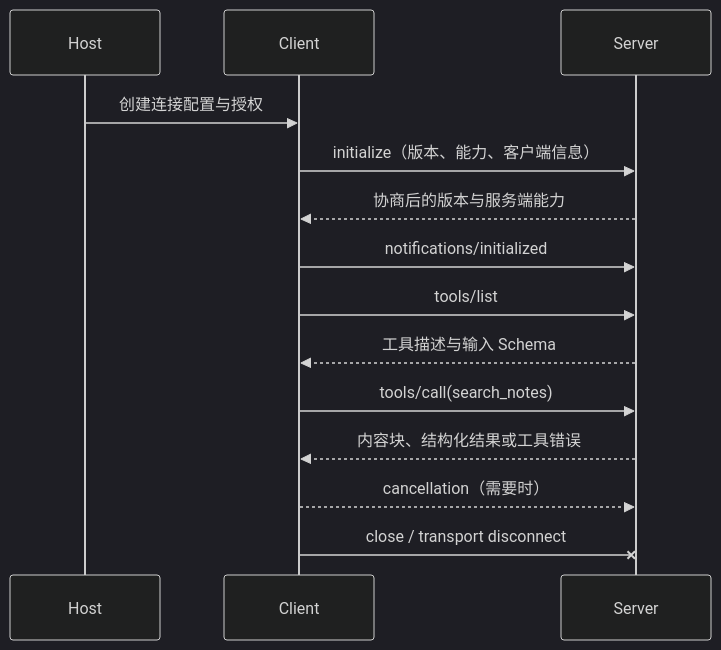
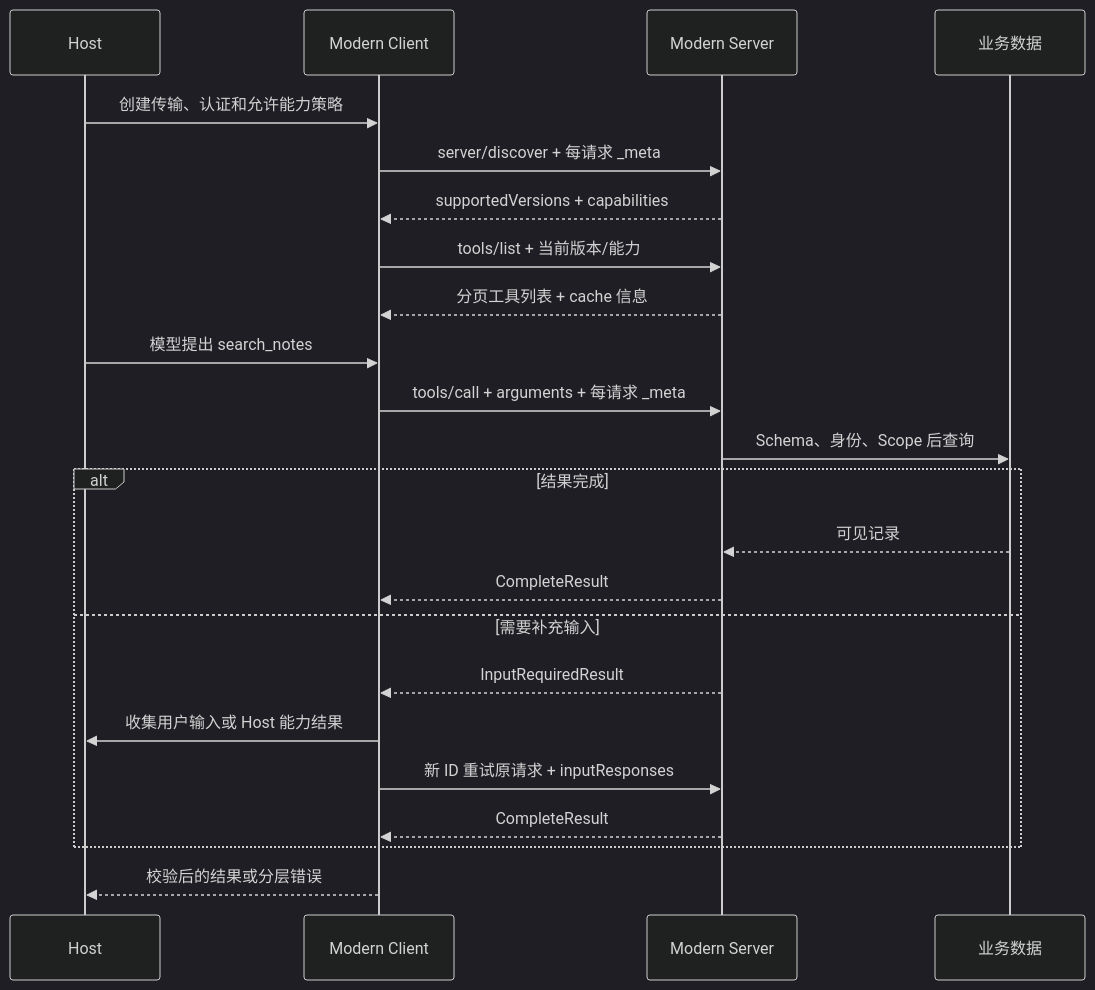
Before and after one commit to upJiang/jiang-blog-vitepress: the second of 2 diagrams in docs/ai-agent/mcp-protocol-lifecycle.md, drawn with Mermaid (dark theme). The commit also changed other lines of this file and 425 other files, not shown here.

````diff
--- a/docs/ai-agent/mcp-protocol-lifecycle.md
+++ b/docs/ai-agent/mcp-protocol-lifecycle.md
@@ -131,16 +203,25 @@
 ```mermaid
 sequenceDiagram
   participant H as Host
-  participant C as Client
-  participant S as Server
-  H->>C: 创建连接配置与授权
-  C->>S: initialize（版本、能力、客户端信息）
-  S-->>C: 协商后的版本与服务端能力
-  C->>S: notifications/initialized
-  C->>S: tools/list
-  S-->>C: 工具描述与输入 Schema
-  C->>S: tools/call(search_notes)
-  S-->>C: 内容块、结构化结果或工具错误
-  C-->>S: cancellation（需要时）
-  C-xS: close / transport disconnect
+  participant C as Modern Client
+  participant S as Modern Server
+  participant D as 业务数据
+  H->>C: 创建传输、认证和允许能力策略
+  C->>S: server/discover + 每请求 _meta
+  S-->>C: supportedVersions + capabilities
+  C->>S: tools/list + 当前版本/能力
+  S-->>C: 分页工具列表 + cache 信息
+  H->>C: 模型提出 search_notes
+  C->>S: tools/call + arguments + 每请求 _meta
+  S->>D: Schema、身份、Scope 后查询
+  alt 结果完成
+    D-->>S: 可见记录
+    S-->>C: CompleteResult
+  else 需要补充输入
+    S-->>C: InputRequiredResult
+    C->>H: 收集用户输入或 Host 能力结果
+    C->>S: 新 ID 重试原请求 + inputResponses
+    S-->>C: CompleteResult
+  end
+  C-->>H: 校验后的结果或分层错误
 ```
````
